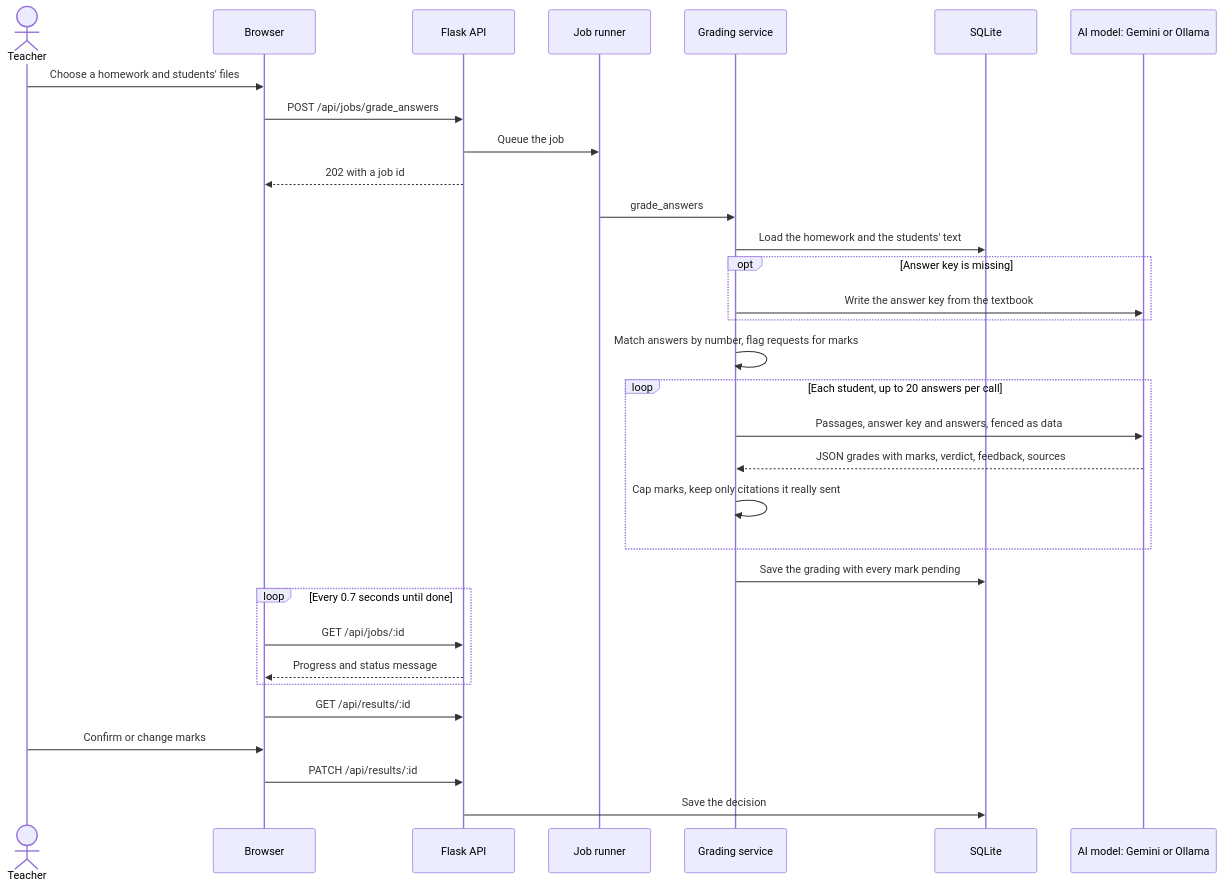
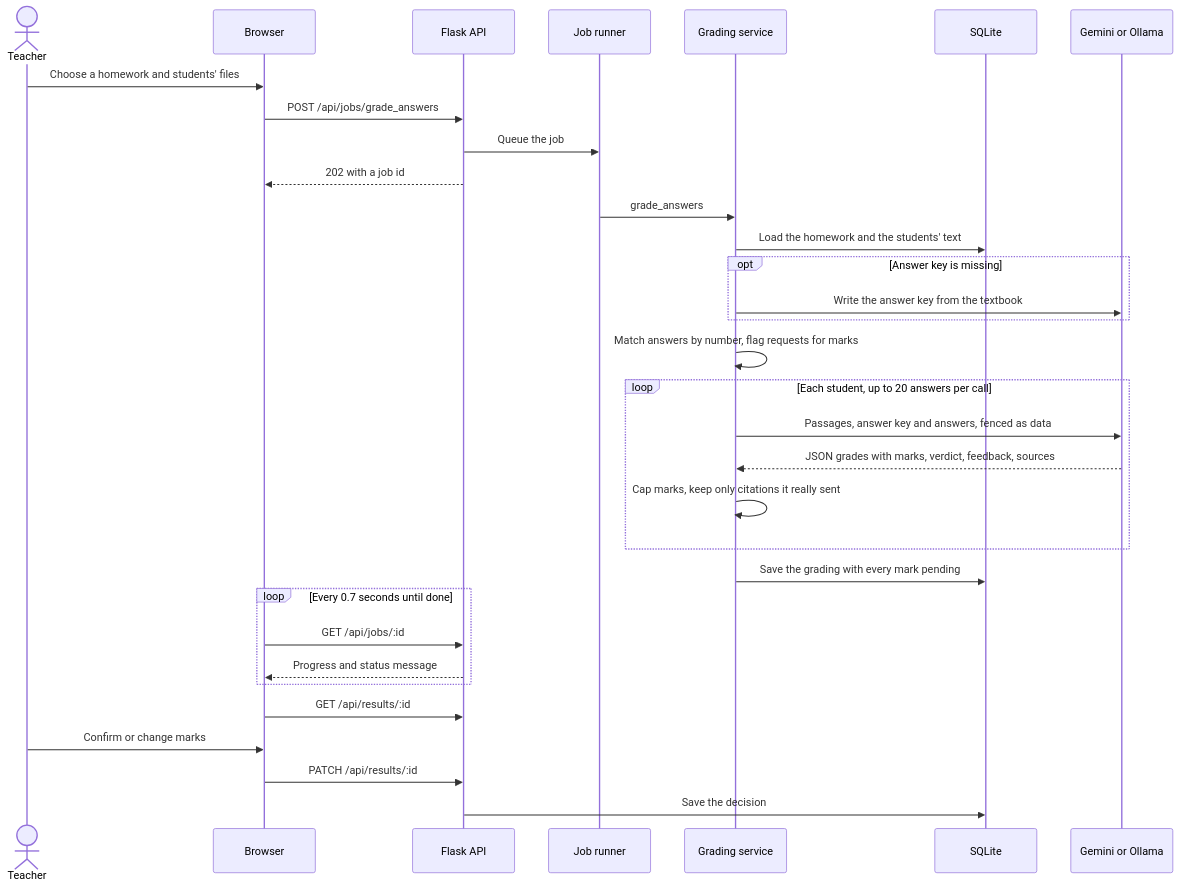
One commit to nithinskumar866/AIdoccreator changed the third of 7 diagrams in README.md. Above: the diagram before and after it, drawn with Mermaid.

Commit message:
Keep the grading diagram's model label to plain words

````diff
--- a/README.md
+++ b/README.md
@@ -199,35 +199,35 @@
 ```mermaid
 sequenceDiagram
     actor T as Teacher
     participant UI as Browser
     participant API as Flask API
     participant J as Job runner
     participant S as Grading service
     participant DB as SQLite
-    participant G as AI model: Gemini or Ollama
+    participant G as Gemini or Ollama
 
     T->>UI: Choose a homework and students' files
     UI->>API: POST /api/jobs/grade_answers
     API->>J: Queue the job
     API-->>UI: 202 with a job id
     J->>S: grade_answers
     S->>DB: Load the homework and the students' text
     opt Answer key is missing
         S->>G: Write the answer key from the textbook
     end
     S->>S: Match answers by number, flag requests for marks
     loop Each student, up to 20 answers per call
         S->>G: Passages, answer key and answers, fenced as data
         G-->>S: JSON grades with marks, verdict, feedback, sources
         S->>S: Cap marks, keep only citations it really sent
     end
     S->>DB: Save the grading with every mark pending
     loop Every 0.7 seconds until done
         UI->>API: GET /api/jobs/:id
         API-->>UI: Progress and status message
     end
     UI->>API: GET /api/results/:id
     T->>UI: Confirm or change marks
     UI->>API: PATCH /api/results/:id
     API->>DB: Save the decision
 ```
````
